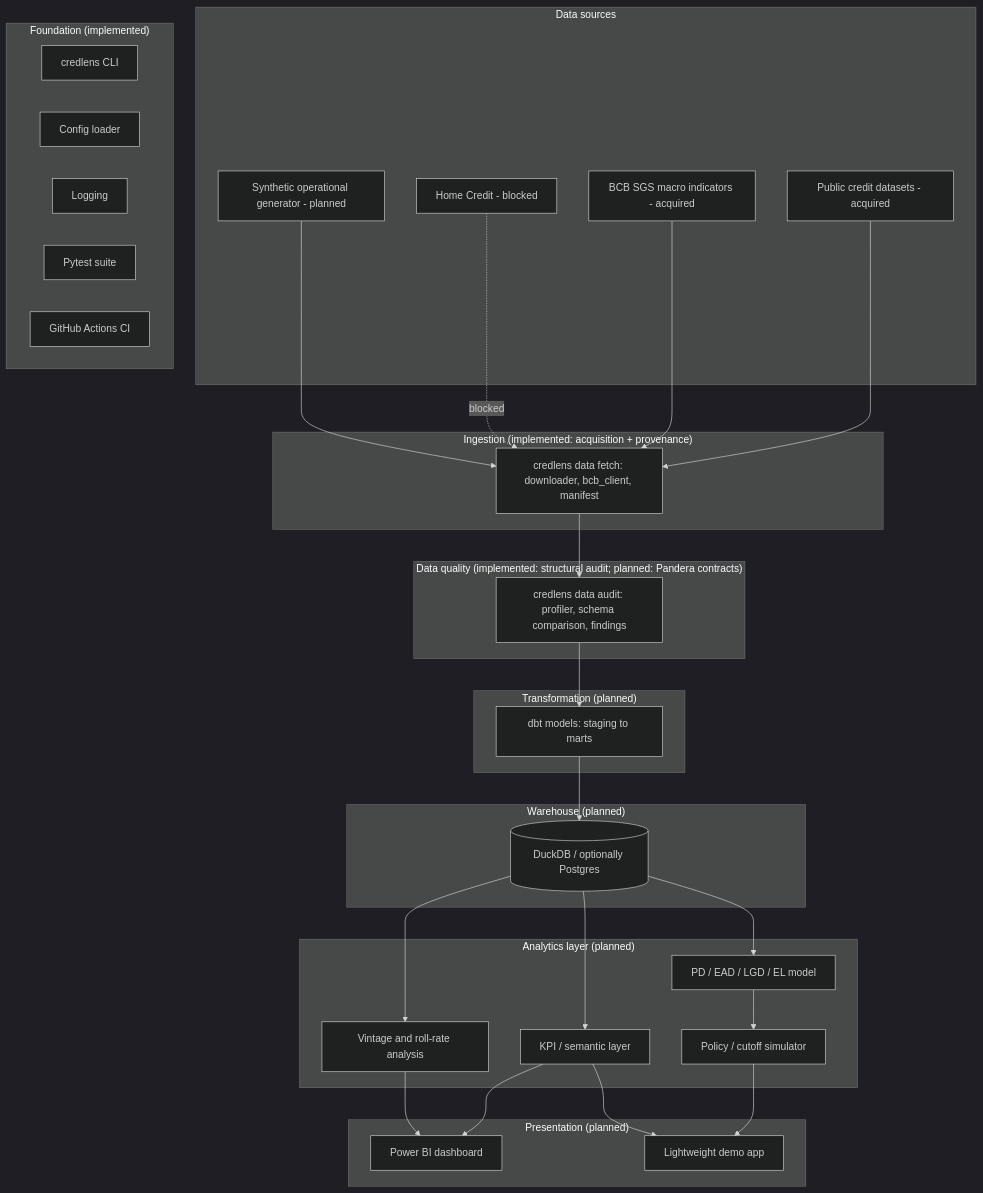
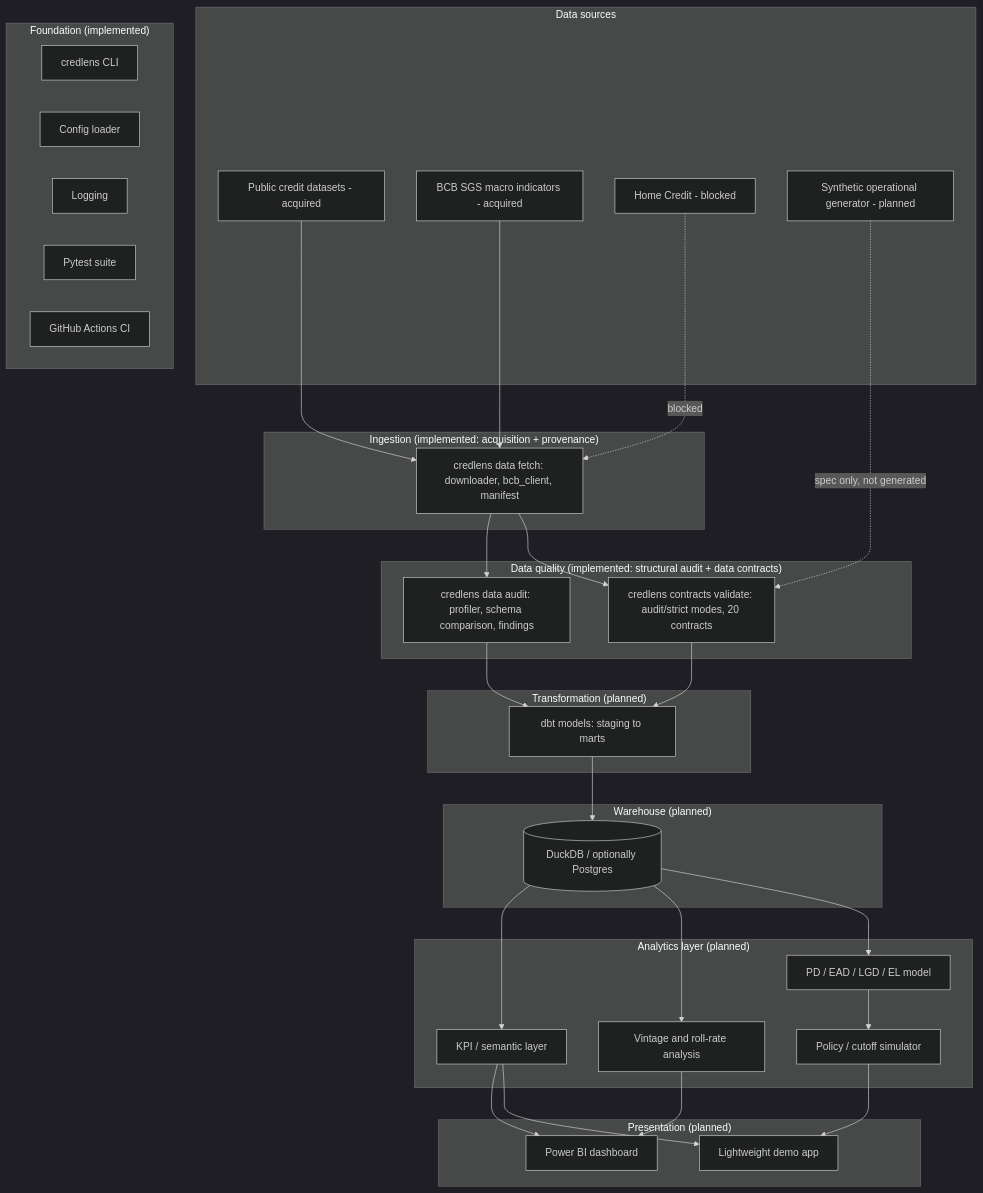
The diagram in docs/architecture.md (FilipePessoa30/CredLens), drawn with Mermaid (dark theme) before and after one commit. The commit also changed other lines of this file and 80 other files, not shown here.

````diff
--- a/docs/architecture.md
+++ b/docs/architecture.md
@@ -7,61 +7,64 @@
 ```mermaid
 flowchart TB
     subgraph Sources["Data sources"]
         PUB[Public credit datasets - acquired]
         MACRO[BCB SGS macro indicators - acquired]
         KAG[Home Credit - blocked]
         SYN[Synthetic operational generator - planned]
     end
 
     subgraph Ingestion["Ingestion (implemented: acquisition + provenance)"]
         ING[credlens data fetch: downloader, bcb_client, manifest]
     end
 
-    subgraph Quality["Data quality (implemented: structural audit; planned: Pandera contracts)"]
+    subgraph Quality["Data quality (implemented: structural audit + data contracts)"]
         DQ[credlens data audit: profiler, schema comparison, findings]
+        CON[credlens contracts validate: audit/strict modes, 20 contracts]
     end
 
     subgraph Transform["Transformation (planned)"]
         DBT[dbt models: staging to marts]
     end
 
     subgraph Warehouse["Warehouse (planned)"]
         DW[(DuckDB / optionally Postgres)]
     end
 
     subgraph Analytics["Analytics layer (planned)"]
         KPI[KPI / semantic layer]
         VIN[Vintage and roll-rate analysis]
         RISK[PD / EAD / LGD / EL model]
         SIM[Policy / cutoff simulator]
     end
 
     subgraph Presentation["Presentation (planned)"]
         BI[Power BI dashboard]
         APP[Lightweight demo app]
     end
 
     subgraph Foundation["Foundation (implemented)"]
         CLI[credlens CLI]
         CFG[Config loader]
         LOG[Logging]
         TEST[Pytest suite]
         CI[GitHub Actions CI]
     end
 
     PUB --> ING
     MACRO --> ING
     KAG -.blocked.-> ING
-    SYN --> ING
+    SYN -.spec only, not generated.-> CON
     ING --> DQ
+    ING --> CON
     DQ --> DBT
+    CON --> DBT
     DBT --> DW
     DW --> KPI
     DW --> VIN
     DW --> RISK
     RISK --> SIM
     KPI --> BI
     VIN --> BI
     SIM --> APP
     KPI --> APP
 ```
````
